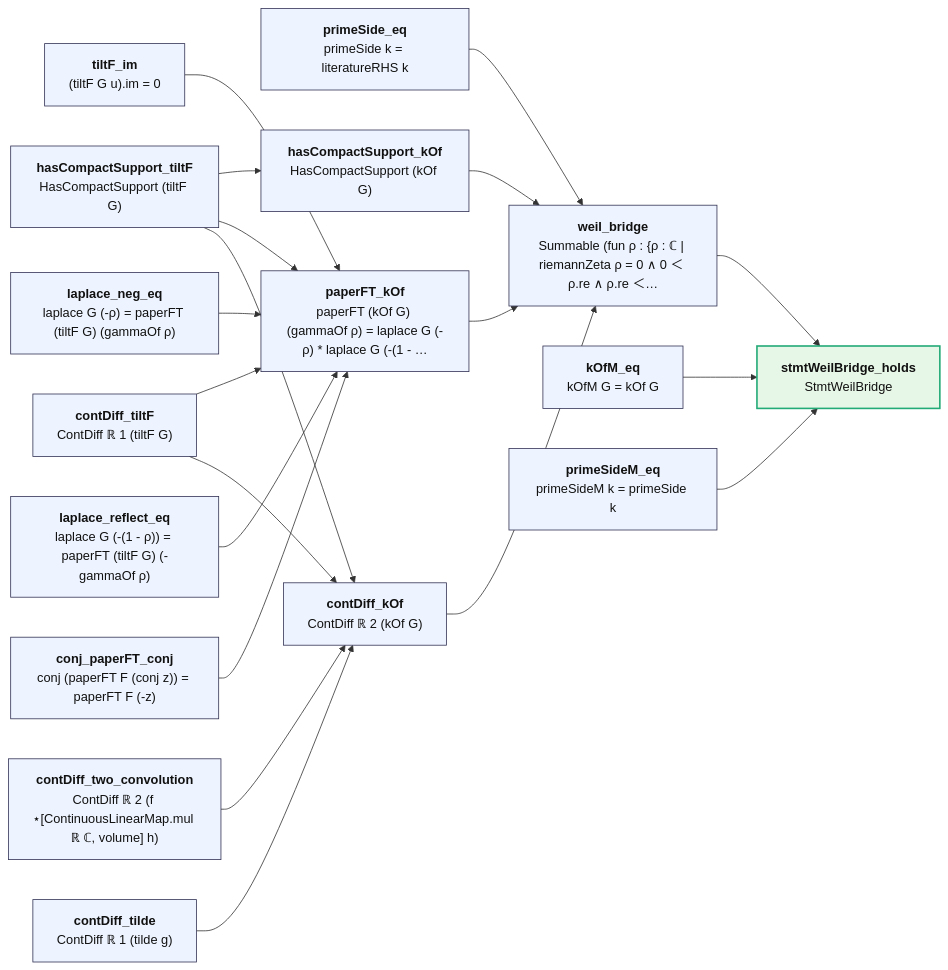
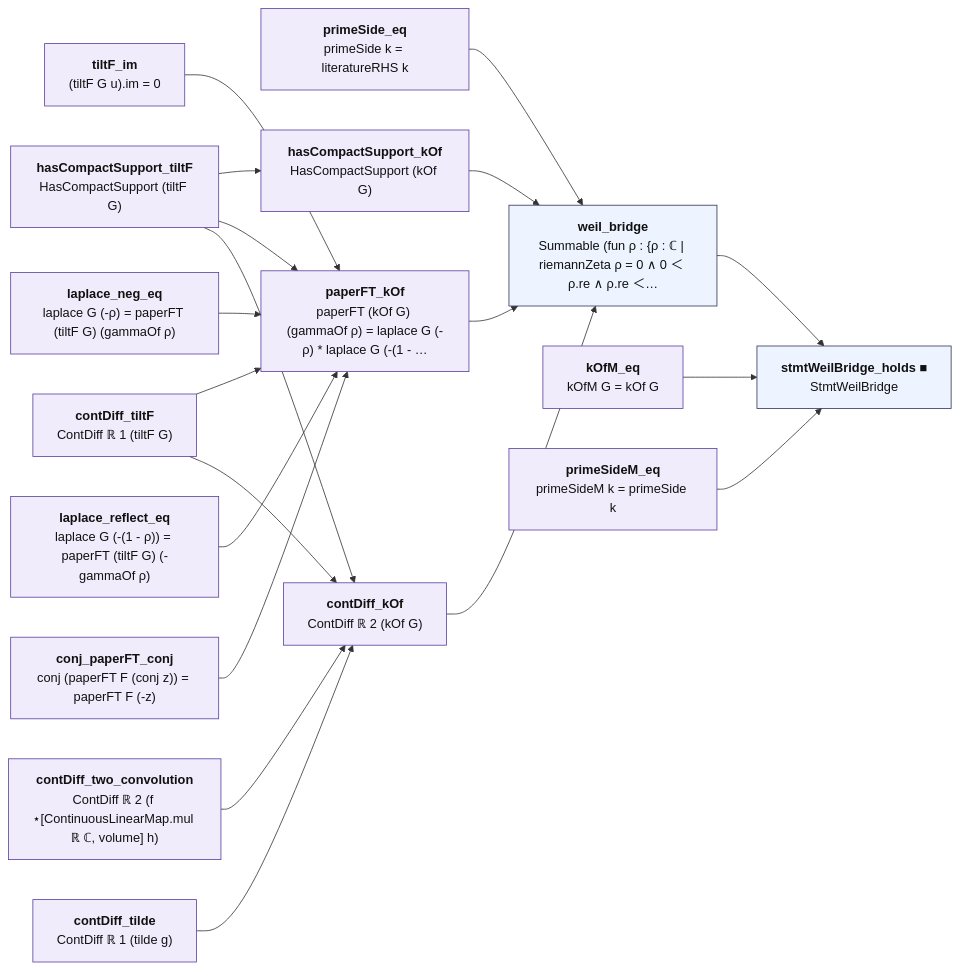
The diagram in map/lean_bridge/WeilBridge.md (juliansambranojr/Primebeat_081426), drawn with Mermaid before and after one commit. The commit also changed other lines of this file and 398 other files, not shown here.

````diff
--- a/map/lean_bridge/WeilBridge.md
+++ b/map/lean_bridge/WeilBridge.md
@@ -12,42 +12,45 @@
 ```mermaid
 flowchart LR
-  n0["<b>primeSide_eq</b><br/>primeSide k = literatureRHS k"]:::thm
-  n1["<b>tiltF_im</b><br/>(tiltF G u).im = 0"]:::thm
-  n2["<b>contDiff_tiltF</b><br/>ContDiff ℝ 1 (tiltF G)"]:::thm
-  n3["<b>hasCompactSupport_tiltF</b><br/>HasCompactSupport (tiltF G)"]:::thm
-  n4["<b>laplace_neg_eq</b><br/>laplace G (-ρ) = paperFT (tiltF G) (gammaOf ρ)"]:::thm
-  n5["<b>laplace_reflect_eq</b><br/>laplace G (-(1 - ρ)) = paperFT (tiltF G) (-gammaOf ρ)"]:::thm
-  n6["<b>conj_paperFT_conj</b><br/>conj (paperFT F (conj z)) = paperFT F (-z)"]:::thm
-  n7["<b>contDiff_two_convolution</b><br/>ContDiff ℝ 2 (f ⋆[ContinuousLinearMap.mul ℝ ℂ, volume] h)"]:::thm
-  n8["<b>contDiff_tilde</b><br/>ContDiff ℝ 1 (tilde g)"]:::thm
-  n9["<b>contDiff_kOf</b><br/>ContDiff ℝ 2 (kOf G)"]:::thm
-  n10["<b>hasCompactSupport_kOf</b><br/>HasCompactSupport (kOf G)"]:::thm
-  n11["<b>paperFT_kOf</b><br/>paperFT (kOf G) (gammaOf ρ) = laplace G (-ρ) * laplace G (-(1 - …"]:::thm
+  n0["<b>primeSide_eq</b><br/>primeSide k = literatureRHS k"]:::shp
+  n1["<b>tiltF_im</b><br/>(tiltF G u).im = 0"]:::shp
+  n2["<b>contDiff_tiltF</b><br/>ContDiff ℝ 1 (tiltF G)"]:::shp
+  n3["<b>hasCompactSupport_tiltF</b><br/>HasCompactSupport (tiltF G)"]:::shp
+  n4["<b>laplace_neg_eq</b><br/>laplace G (-ρ) = paperFT (tiltF G) (gammaOf ρ)"]:::shp
+  n5["<b>laplace_reflect_eq</b><br/>laplace G (-(1 - ρ)) = paperFT (tiltF G) (-gammaOf ρ)"]:::shp
+  n6["<b>conj_paperFT_conj</b><br/>conj (paperFT F (conj z)) = paperFT F (-z)"]:::shp
+  n7["<b>contDiff_two_convolution</b><br/>ContDiff ℝ 2 (f ⋆[ContinuousLinearMap.mul ℝ ℂ, volume] h)"]:::shp
+  n8["<b>contDiff_tilde</b><br/>ContDiff ℝ 1 (tilde g)"]:::shp
+  n9["<b>contDiff_kOf</b><br/>ContDiff ℝ 2 (kOf G)"]:::shp
+  n10["<b>hasCompactSupport_kOf</b><br/>HasCompactSupport (kOf G)"]:::shp
+  n11["<b>paperFT_kOf</b><br/>paperFT (kOf G) (gammaOf ρ) = laplace G (-ρ) * laplace G (-(1 - …"]:::shp
   n12["<b>weil_bridge</b><br/>Summable (fun ρ : {ρ : ℂ | riemannZeta ρ = 0 ∧ 0 ＜ ρ.re ∧ ρ.re ＜…"]:::thm
-  n13["<b>kOfM_eq</b><br/>kOfM G = kOf G"]:::thm
-  n14["<b>primeSideM_eq</b><br/>primeSideM k = primeSide k"]:::thm
-  n15["<b>stmtWeilBridge_holds</b><br/>StmtWeilBridge"]:::end_
+  n13["<b>kOfM_eq</b><br/>kOfM G = kOf G"]:::shp
+  n14["<b>primeSideM_eq</b><br/>primeSideM k = primeSide k"]:::shp
+  n15["<b>stmtWeilBridge_holds ■</b><br/>StmtWeilBridge"]:::thm
   n0 --> n12
   n1 --> n11
   n10 --> n12
   n11 --> n12
   n12 --> n15
   n13 --> n15
   n14 --> n15
   n2 --> n11
   n2 --> n9
   n3 --> n10
   n3 --> n11
   n3 --> n9
   n4 --> n11
   n5 --> n11
   n6 --> n11
   n7 --> n9
   n8 --> n9
   n9 --> n12
+  classDef cnt fill:#dff5ec,stroke:#17694a,color:#111
+  classDef shp fill:#f1ecfb,stroke:#5b3fa0,color:#111
+  classDef rh fill:#ffe5e5,stroke:#c22,color:#111,stroke-width:2px
   classDef thm fill:#eef4ff,stroke:#335,color:#111
   classDef end_ fill:#e7f7e7,stroke:#2a7,color:#111,stroke-width:2px
   classDef lone fill:#fff,stroke:#999,color:#111,stroke-dasharray:4 3
   classDef bad fill:#ffe5e5,stroke:#c22,color:#111,stroke-width:2px
   classDef ext fill:#fff8e1,stroke:#b80,color:#111
 ```
````
